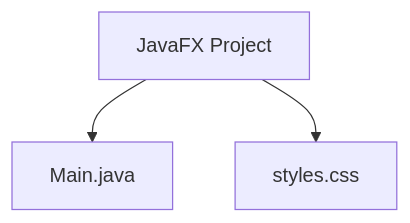
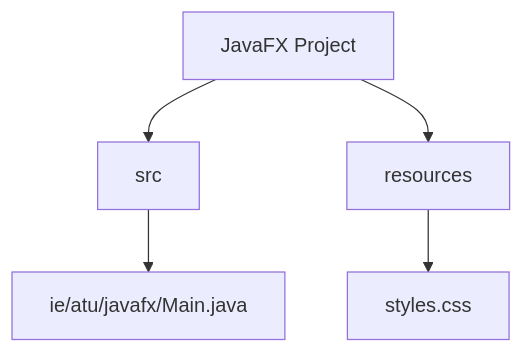
One commit to DanielCreggOrganization/w11-lab-javafx-zainabajiboye changed the first of 4 diagrams in README.md. Above: the diagram before and after it, drawn with Mermaid.

````diff
--- a/README.md
+++ b/README.md
@@ -22,5 +22,7 @@
 ```mermaid
 graph TD
-    A[JavaFX Project] --> B[Main.java]
-    A --> C[styles.css]
+    A[JavaFX Project] --> B[src]
+    B --> C[ie/atu/javafx/Main.java]
+    A --> D[resources]
+    D --> E[styles.css]
 ```
````
